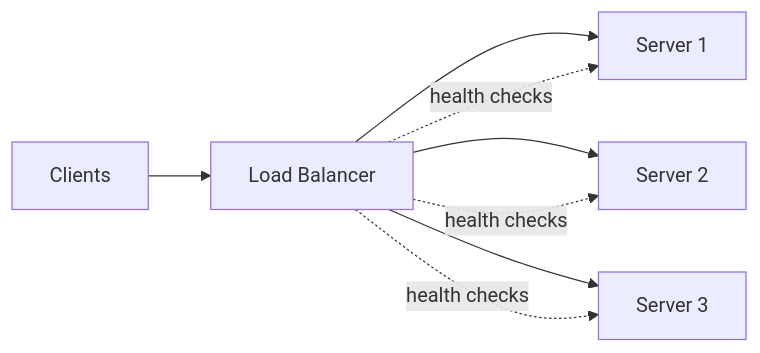
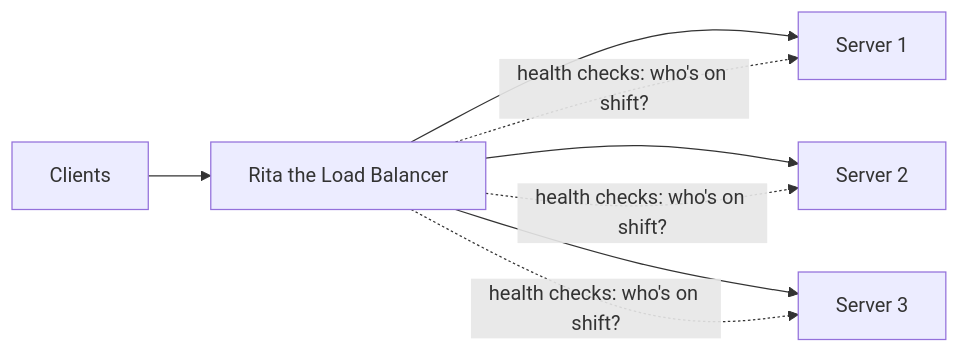
The first of 4 diagrams in content/lessons/load-balancers.mdx (veeresh-bikkaneti/system-design-and-architecture), drawn with Mermaid before and after one commit. The commit also changed other lines of this file and 3 other files, not shown here.

````diff
--- a/content/lessons/load-balancers.mdx
+++ b/content/lessons/load-balancers.mdx
@@ -17,10 +34,10 @@
 ```mermaid
 flowchart LR
-    C[Clients] --> LB[Load Balancer]
+    C[Clients] --> LB[Rita the Load Balancer]
     LB --> S1[Server 1]
     LB --> S2[Server 2]
     LB --> S3[Server 3]
-    LB -. "health checks" .-> S1
-    LB -. "health checks" .-> S2
-    LB -. "health checks" .-> S3
+    LB -. "health checks: who's on shift?" .-> S1
+    LB -. "health checks: who's on shift?" .-> S2
+    LB -. "health checks: who's on shift?" .-> S3
 ```
````
